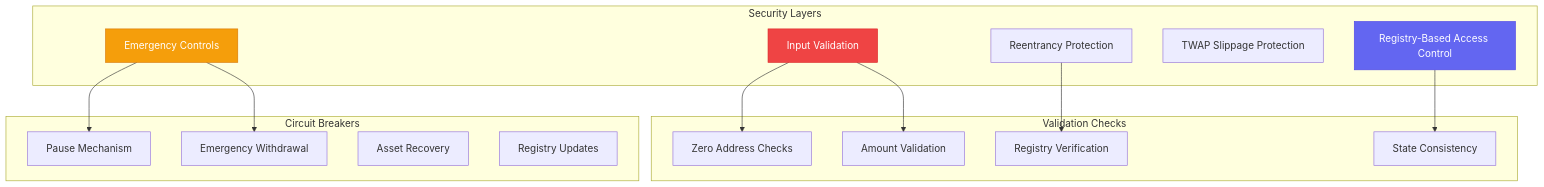
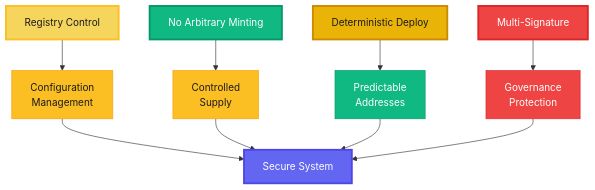
The seventh of 8 diagrams in docs/dev/architecture.md (47-Eagle/docs), drawn with Mermaid before and after one commit. The commit also changed other lines of this file and 222 other files, not shown here.

````diff
--- a/docs/dev/architecture.md
+++ b/docs/dev/architecture.md
@@ -401,35 +301,22 @@
 ```mermaid
-graph TD
-    subgraph "Security Layers"
-        L1[Input Validation]
-        L2[Reentrancy Protection] 
-        L3[Registry-Based Access Control]
-        L4[TWAP Slippage Protection]
-        L5[Emergency Controls]
-    end
+graph TB
+    A[Registry Control] --> B[Configuration<br/>Management]
+    C[No Arbitrary Minting] --> D[Controlled<br/>Supply]
+    E[Deterministic Deploy] --> F[Predictable<br/>Addresses]
+    G[Multi-Signature] --> H[Governance<br/>Protection]
     
-    subgraph "Validation Checks"
-        V1[Zero Address Checks]
-        V2[Amount Validation]
-        V3[Registry Verification]
-        V4[State Consistency]
-    end
+    B --> I[Secure System]
+    D --> I
+    F --> I
+    H --> I
     
-    subgraph "Circuit Breakers"
-        C1[Pause Mechanism]
-        C2[Emergency Withdrawal]
-        C3[Asset Recovery]
-        C4[Registry Updates]
-    end
-    
-    L1 --> V1
-    L1 --> V2
-    L2 --> V3
-    L3 --> V4
-    L5 --> C1
-    L5 --> C2
-    
-    style L1 fill:#ef4444,stroke:#dc2626,color:#fff
-    style L3 fill:#6366f1,stroke:#4f46e5,color:#fff
-    style L5 fill:#f59e0b,stroke:#d97706,color:#fff
+    style A fill:#f6d55c,stroke:#fbbf24,stroke-width:3px,color:#1a1a1a
+    style C fill:#10b981,stroke:#059669,stroke-width:3px,color:#fff
+    style E fill:#eab308,stroke:#ca8a04,stroke-width:3px,color:#1a1a1a
+    style G fill:#ef4444,stroke:#dc2626,stroke-width:3px,color:#fff
+    style I fill:#6366f1,stroke:#4f46e5,stroke-width:3px,color:#fff
+    style B fill:#fbbf24,stroke:#f59e0b,color:#1a1a1a
+    style D fill:#fbbf24,stroke:#f59e0b,color:#1a1a1a
+    style F fill:#10b981,stroke:#059669,color:#fff
+    style H fill:#ef4444,stroke:#dc2626,color:#fff
 ```
````
